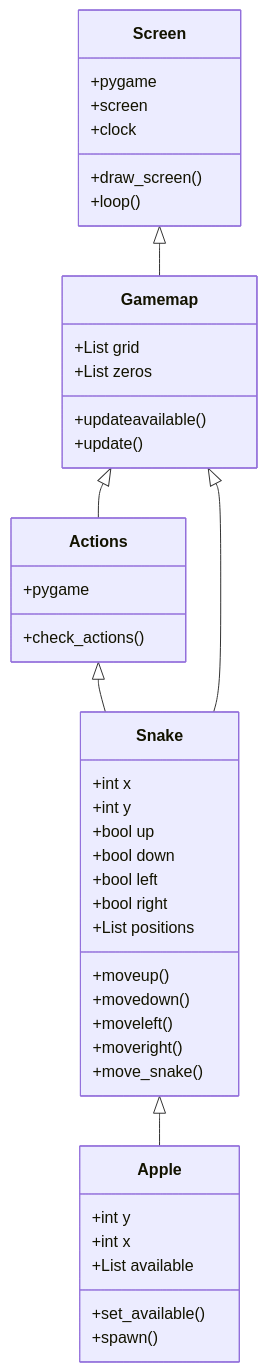
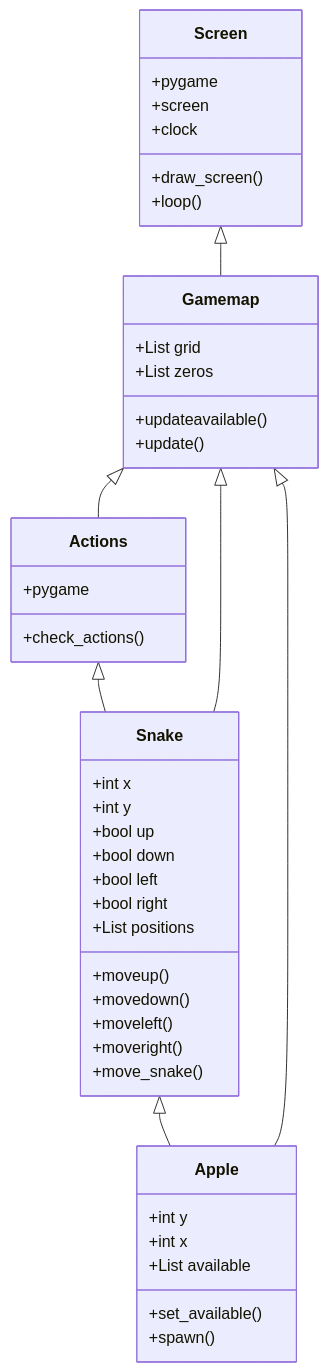
Before and after one commit to ThomasGrundstrom/ot-harjoitustyo: the diagram in dokumentaatio/arkkitehtuuri.md, drawn with Mermaid.

Commit message:
arkkitehtuuri.md update

````diff
--- a/dokumentaatio/arkkitehtuuri.md
+++ b/dokumentaatio/arkkitehtuuri.md
@@ -1,47 +1,48 @@
 ```mermaid
  classDiagram
 	Screen <|-- Gamemap
 	Gamemap <|-- Actions
 	Actions <|-- Snake
 	Gamemap <|-- Snake
 	Snake <|-- Apple
+	Gamemap <|-- Apple
 	class Screen{
 		+pygame
 		+screen
 		+clock
 		+draw_screen()
 		+loop()
 	}
 	class Gamemap{
 		+List grid
 		+List zeros
 		+updateavailable()
 		+update()
 	}
 	class Actions{
 		+pygame
 		+check_actions()
 	}
 	class Snake{
 		+int x
 		+int y
 		+bool up
 		+bool down
 		+bool left
 		+bool right
 		+List positions
 		+moveup()
 		+movedown()
 		+moveleft()
 		+moveright()
 		+move_snake()
 	}
 	class Apple{
 		+int y
 		+int x
 		+List available
 		+set_available()
 		+spawn()
 	}
 
 ```
````
